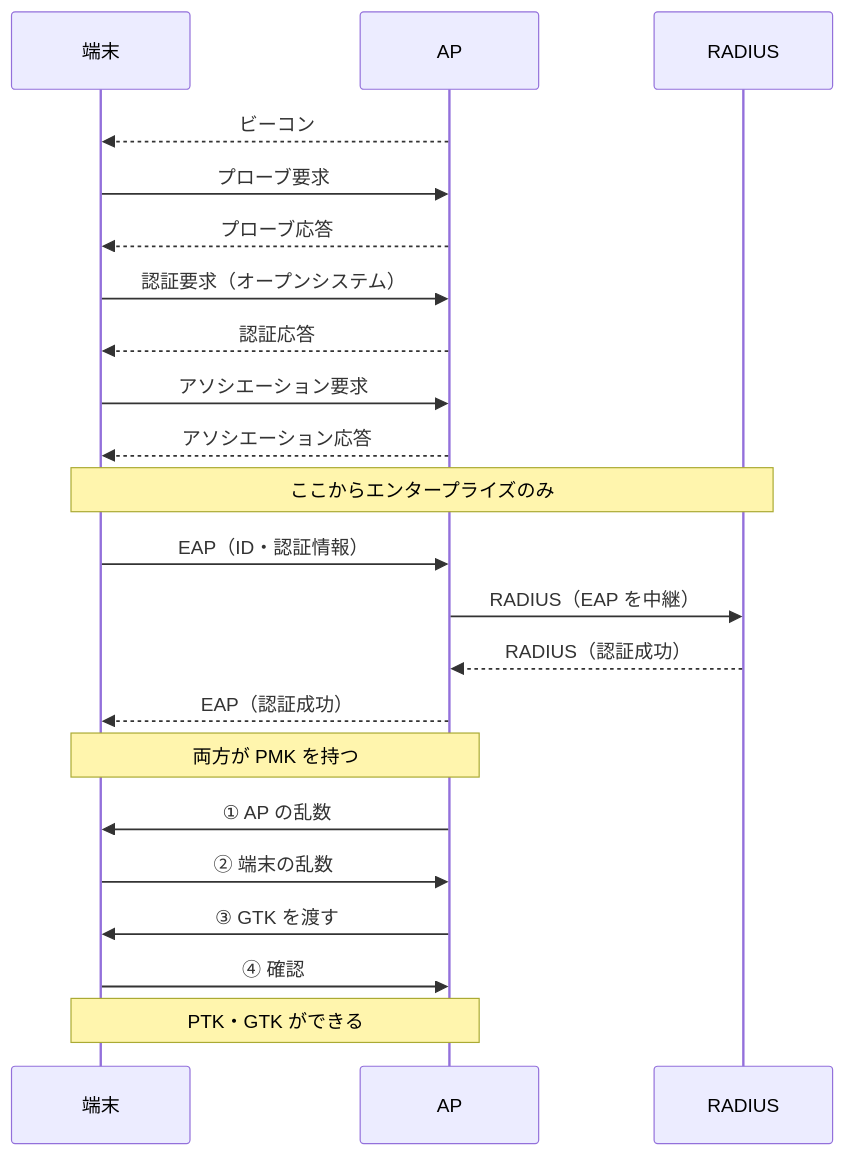
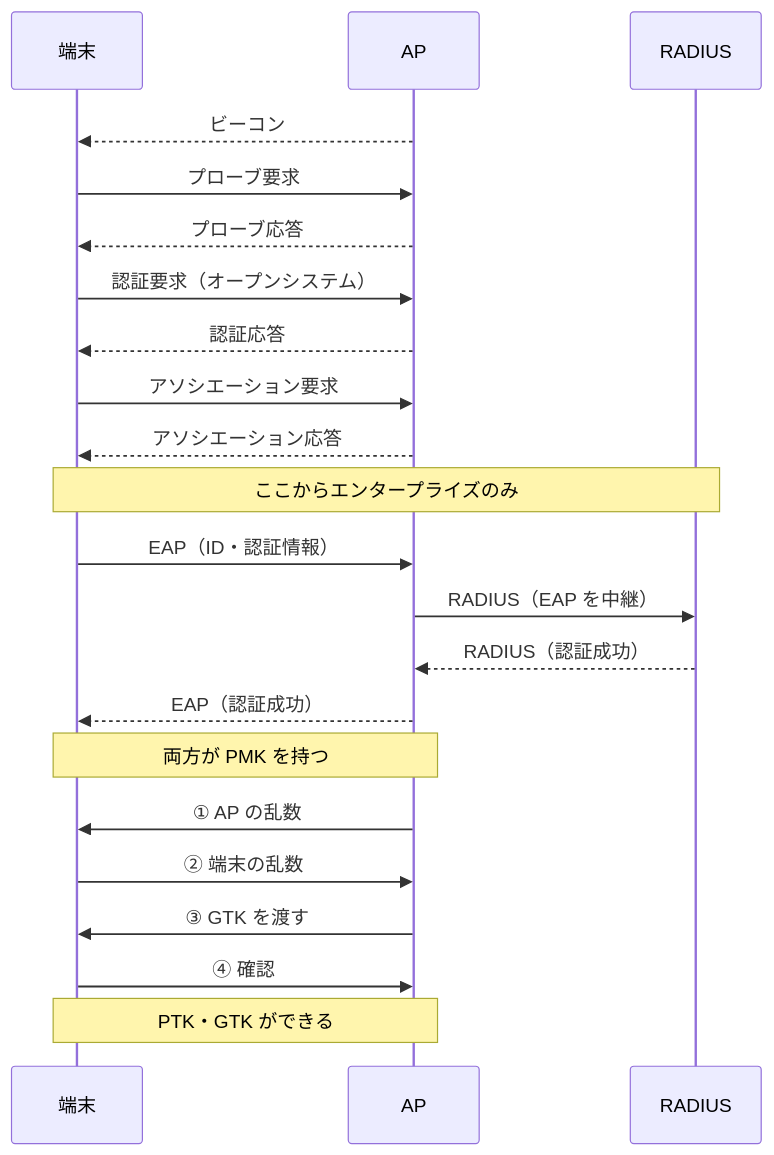
One commit to nnnaanaa/document changed the diagram in network/lan/wifi-cheatsheet.md. Above: the diagram before and after it, drawn with Mermaid.

Commit message:
無線LAN暗記シートの接続の流れの図の横幅を詰める

````diff
--- a/network/lan/wifi-cheatsheet.md
+++ b/network/lan/wifi-cheatsheet.md
@@ -87,24 +87,31 @@
 ```mermaid
+---
+config:
+  sequence:
+    width: 110
+    actorMargin: 40
+    messageMargin: 30
+---
 sequenceDiagram
   participant T as 端末
   participant AP as AP
   participant R as RADIUS
   AP-->>T: ビーコン
   T->>AP: プローブ要求
   AP-->>T: プローブ応答
   T->>AP: 認証要求（オープンシステム）
   AP-->>T: 認証応答
   T->>AP: アソシエーション要求
   AP-->>T: アソシエーション応答
   Note over T,R: ここからエンタープライズのみ
   T->>AP: EAP（ID・認証情報）
   AP->>R: RADIUS（EAP を中継）
   R-->>AP: RADIUS（認証成功）
   AP-->>T: EAP（認証成功）
   Note over T,AP: 両方が PMK を持つ
   AP->>T: ① AP の乱数
   T->>AP: ② 端末の乱数
   AP->>T: ③ GTK を渡す
   T->>AP: ④ 確認
   Note over T,AP: PTK・GTK ができる
 ```
````
